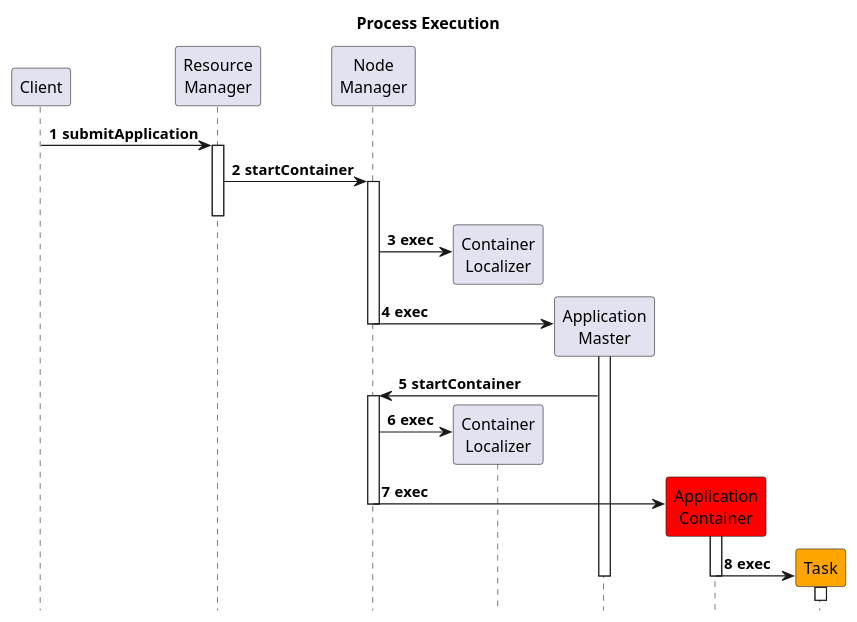
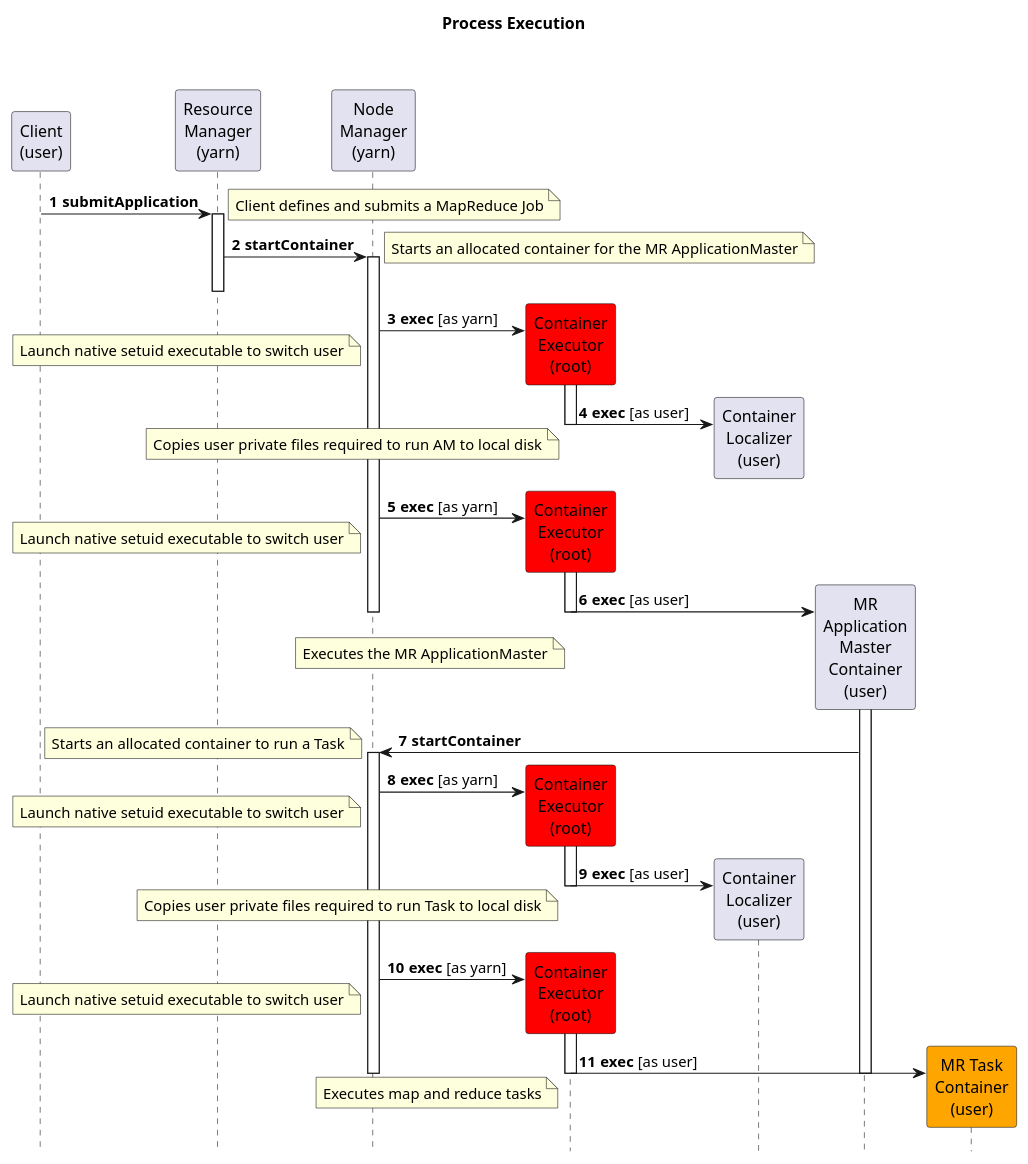
The diagram in hadoop/src/mr2/secure-mapreduce2-18-launching.puml (kminder/puml), drawn with PlantUML before and after one commit. The commit also changed 3 other files, not shown here.

Commit message:
Correct launching and several token diagrams.

```diff
--- a/hadoop/src/mr2/secure-mapreduce2-18-launching.puml
+++ b/hadoop/src/mr2/secure-mapreduce2-18-launching.puml
@@ -1,66 +1,84 @@
 @startuml
 title Process Execution
 autonumber
 hide footbox
 
-participant "Client" as C
-participant "Resource\nManager" as RM
-'participant "History\nServer" as HS
-participant "Node\nManager" as NM
-'participant "Shuffle\nHandler" as SS
-participant "Container\nLocalizer" as CL
-participant "Application\nMaster" as AM
-'participant "Client\nService" as CS
-participant "Application\nContainer" as AC #red
-participant "Task" as T #orange
-'participant "Name\nNode" as NN
-'participant "Data\nNode" as DN
-'participant "File\nSystem" as FS
-'participant "Kerberos\nKDC" as KDC
+participant "Client\n(user)" as C
+participant "Resource\nManager\n(yarn)" as RM
+participant "Node\nManager\n(yarn)" as NM
+participant "Container\nExecutor\n(root)" as CE #red
+participant "Container\nLocalizer\n(user)" as CL
+participant "MR\nApplication\nMaster\nContainer\n(user)" as AM
+participant "MR Task\nContainer\n(user)" as T #orange
 
 '1
 C->RM: <b>submitApplication
+  note right: Client defines and submits a MapReduce Job
   activate RM
 
 '2
 RM->NM: <b>startContainer
+  note right: Starts an allocated container for the MR ApplicationMaster
   activate NM
   deactivate RM
 
 '3
-  create CL
-NM->CL: <b>exec
-'  note right #green: Q1 -Run as who?
+  create CE
+NM->CE: <b>exec</b> [as yarn]
+  note left: Launch native setuid executable to switch user
+  activate CE
 
 '4
+  create CL
+CE->CL: <b>exec</b> [as user]
+  note left: Copies user private files required to run AM to local disk
+  deactivate CE
+
+'5
+  create CE
+NM->CE: <b>exec</b> [as yarn]
+  note left: Launch native setuid executable to switch user
+  activate CE
+
+'6
   create AM
-NM->AM: <b>exec
-'  note right #green: Q2 - Run as who?
+CE->AM: <b>exec</b> [as user]
+  note left: Executes the MR ApplicationMaster
   deactivate NM
   activate AM
-
-'5
-AM->NM: <b>startContainer
-  activate NM
-  create CL
-
-'6
-NM->CL: <b>exec
+  deactivate CE
 
 '7
-  create AC
-NM->AC: <b>exec
-'  note right #green: Q3 - Run as who?\nQ4 - Is this user code?
-  deactivate NM
-  activate AC
+AM->NM: <b>startContainer
+  note left: Starts an allocated container to run a Task
+  activate NM
 
 '8
+  create CE
+NM->CE: <b>exec</b> [as yarn]
+  note left: Launch native setuid executable to switch user
+  activate CE
+
+'9
+  create CL
+CE->CL: <b>exec</b> [as user]
+  note left: Copies user private files required to run Task to local disk
+  deactivate CE
+
+'10
+  create CE
+NM->CE: <b>exec</b> [as yarn]
+  note left: Launch native setuid executable to switch user
+  activate CE
+
+'11
   create T
-AC->T: <b>exec
-'  note right #green: Q5 - Run as who?\nQ6 - Or is this user code?
-  activate T
+CE->T: <b>exec</b> [as user]
+  note left: Executes map and reduce tasks
+  deactivate CE
+  deactivate NM
   deactivate T
-  deactivate AC
+  deactivate T
   deactivate AM
 
 @enduml
```
